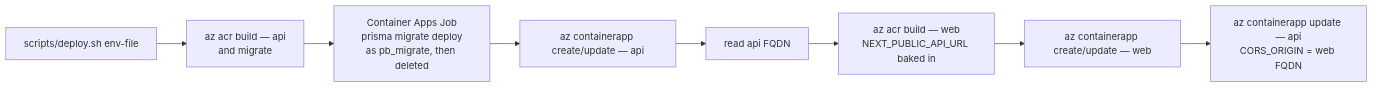
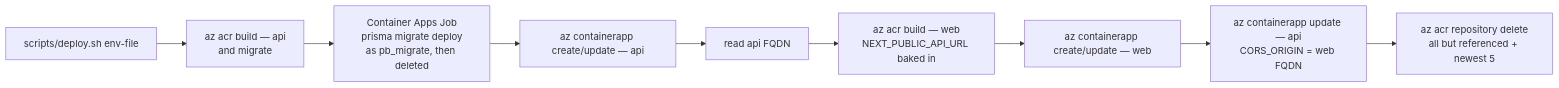
One commit to Lynns0416/buddy-app-copy changed the sixth of 7 diagrams in docs/deploy-plan.md. Above: the diagram before and after it, drawn with Mermaid. The commit also changed other lines of this file and 4 other files, not shown here.

````diff
--- a/docs/deploy-plan.md
+++ b/docs/deploy-plan.md
@@ -300,10 +300,11 @@
 ```mermaid
 flowchart LR
     L["scripts/deploy.sh env-file"] --> B1["az acr build — api<br/>and migrate"]
     B1 --> M["Container Apps Job<br/>prisma migrate deploy<br/>as pb_migrate, then deleted"]
     M --> D1["az containerapp create/update — api"]
     D1 --> URL["read api FQDN"]
     URL --> B2["az acr build — web<br/>NEXT_PUBLIC_API_URL baked in"]
     B2 --> D2["az containerapp create/update — web"]
     D2 --> CORS["az containerapp update — api<br/>CORS_ORIGIN = web FQDN"]
+    CORS --> PRUNE["az acr repository delete<br/>all but referenced + newest 5"]
 ```
````
